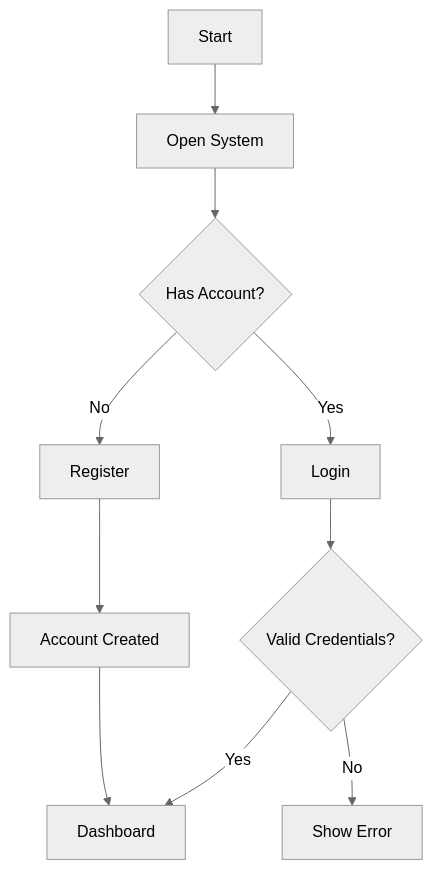
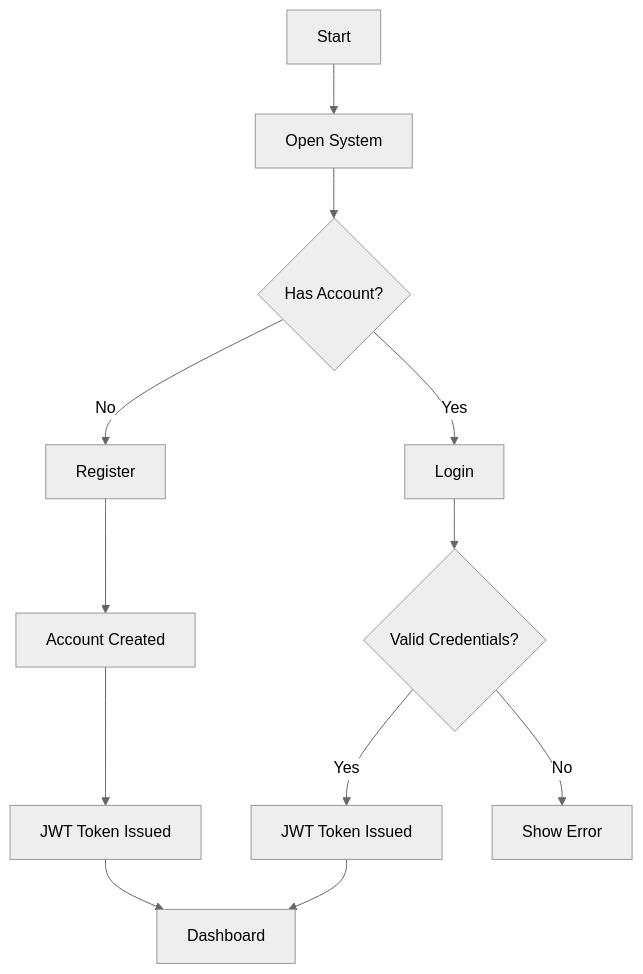
One commit to laveshgaur/LearnFlow changed the first of 8 diagrams in FUNCTIONAL_DOCUMENT.md. Above: the diagram before and after it, drawn with Mermaid (neutral theme). The commit also changed other lines of this file and 11 other files, not shown here.

````diff
--- a/FUNCTIONAL_DOCUMENT.md
+++ b/FUNCTIONAL_DOCUMENT.md
@@ -155,12 +235,14 @@
 ```mermaid
 flowchart TD
 A[Start] --> B[Open System]
 B --> C{Has Account?}
 C -->|No| D[Register]
 C -->|Yes| E[Login]
 D --> F[Account Created]
-F --> G[Dashboard]
-E --> H{Valid Credentials?}
-H -->|Yes| G[Dashboard]
-H -->|No| I[Show Error]
+F --> G[JWT Token Issued]
+G --> H[Dashboard]
+E --> I{Valid Credentials?}
+I -->|Yes| J[JWT Token Issued]
+J --> H
+I -->|No| K[Show Error]
 ```
````
